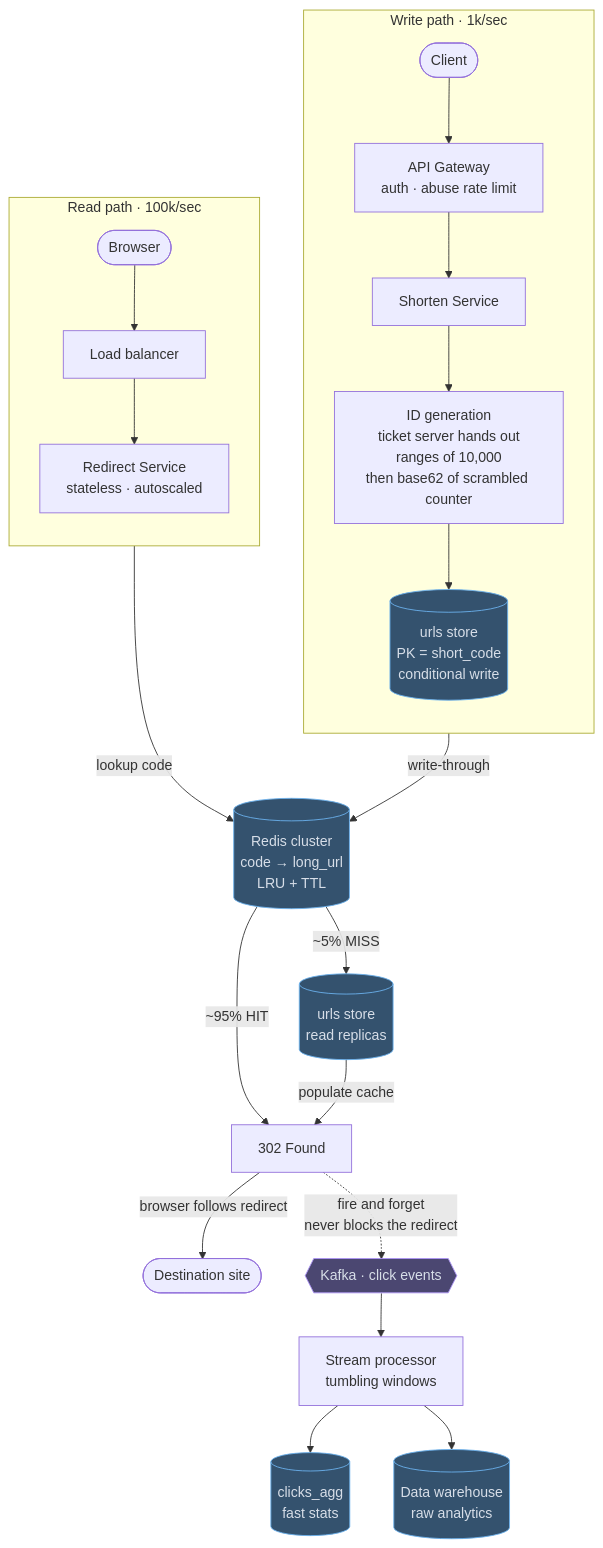
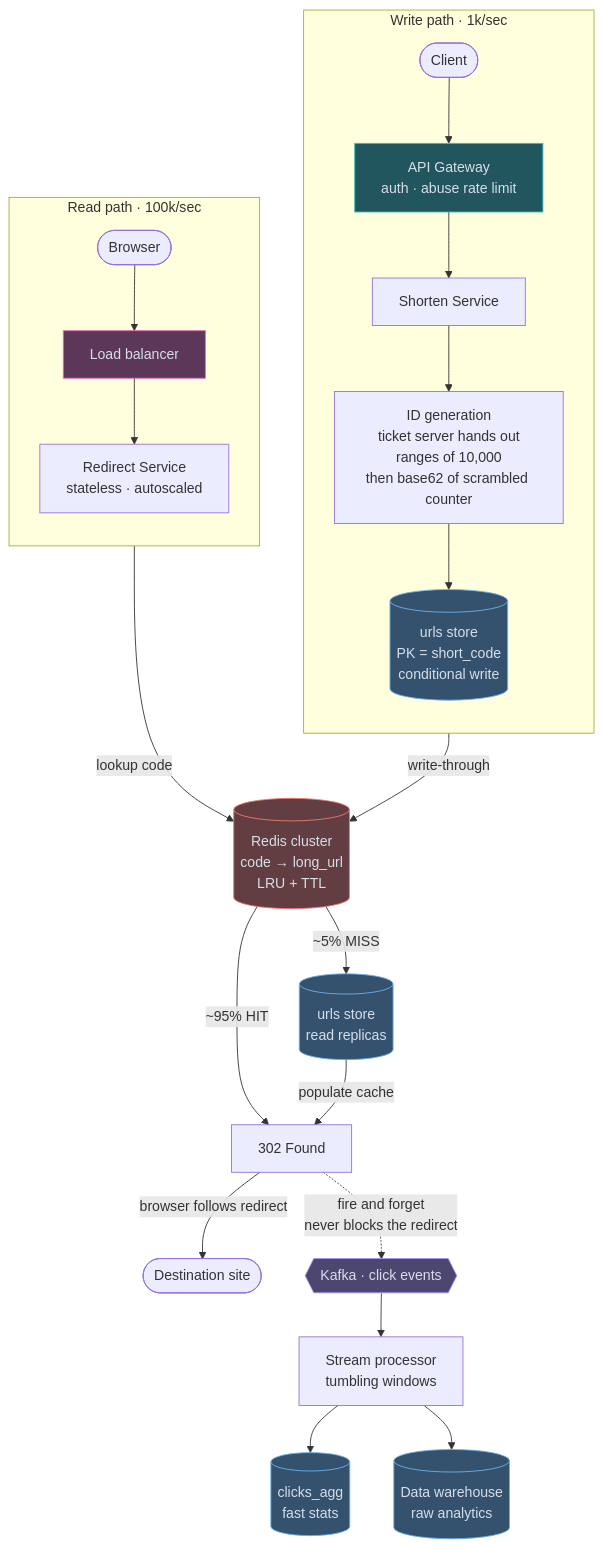
Before and after one commit to mertkahyaoglu/atlas: the diagram in content/designs/03-url-shortener.md, drawn with Mermaid. The commit also changed 16 other files, not shown here.

First line of the commit message:
Split store into db/cache/blob; color gateway and load-balancer nodes

````diff
--- a/content/designs/03-url-shortener.md
+++ b/content/designs/03-url-shortener.md
@@ -108,38 +108,44 @@
 ```mermaid
 flowchart TB
     subgraph W ["Write path · 1k/sec"]
         direction TB
         Creator([Client]) --> WGW[API Gateway<br/>auth · abuse rate limit]
         WGW --> Shorten[Shorten Service]
         Shorten --> IDGen["ID generation<br/>ticket server hands out<br/>ranges of 10,000<br/>then base62 of scrambled counter"]
         IDGen --> Store[("urls store<br/>PK = short_code<br/>conditional write")]
     end
 
     subgraph R ["Read path · 100k/sec"]
         direction TB
         Browser([Browser]) --> LB[Load balancer]
         LB --> Redirect[Redirect Service<br/>stateless · autoscaled]
     end
 
     Cache[("Redis cluster<br/>code → long_url<br/>LRU + TTL")]
     Store -- "write-through" --> Cache
     Redirect -- "lookup code" --> Cache
     Cache -- "~95% HIT" --> Resp["302 Found"]
     Cache -- "~5% MISS" --> Replica[("urls store<br/>read replicas")]
     Replica -- "populate cache" --> Resp
     Resp -- "browser follows redirect" --> Dest([Destination site])
 
     Resp -. "fire and forget<br/>never blocks the redirect" .-> Clicks{{"Kafka · click events"}}
     Clicks --> Flink["Stream processor<br/>tumbling windows"]
     Flink --> Agg[("clicks_agg<br/>fast stats")]
     Flink --> Warehouse[("Data warehouse<br/>raw analytics")]
 
-    classDef store fill:#34526e,stroke:#6cb2ee,color:#d7dee8
+    classDef db fill:#34526e,stroke:#6cb2ee,color:#d7dee8
+    classDef cache fill:#623e43,stroke:#f07a73,color:#d7dee8
     classDef queue fill:#4b4771,stroke:#ad94f7,color:#d7dee8
-    class Store,Cache,Replica,Agg,Warehouse store
+    classDef gateway fill:#22565e,stroke:#38bdc1,color:#d7dee8
+    classDef lb fill:#5d3759,stroke:#e066b2,color:#d7dee8
+    class Store,Replica,Agg,Warehouse db
+    class Cache cache
     class Clicks queue
+    class WGW gateway
+    class LB lb
 
     click Cache href "/docs/04-caching" "Role: answers most redirects from memory, keeping p99 latency low.<br/>Trade-off: deleted or expired links can keep redirecting until the TTL runs out."
     click Clicks href "/docs/05-async-messaging-and-event-driven" "Role: records clicks asynchronously so the redirect never waits on analytics.<br/>Trade-off: stats lag behind, and duplicate events must be tolerated."
     click Flink href "/docs/09-specialized-building-blocks" "Role: rolls raw clicks into windowed counts for the stats API.<br/>Trade-off: late events need watermark handling, so counts at window edges are approximate."
 ```
````
